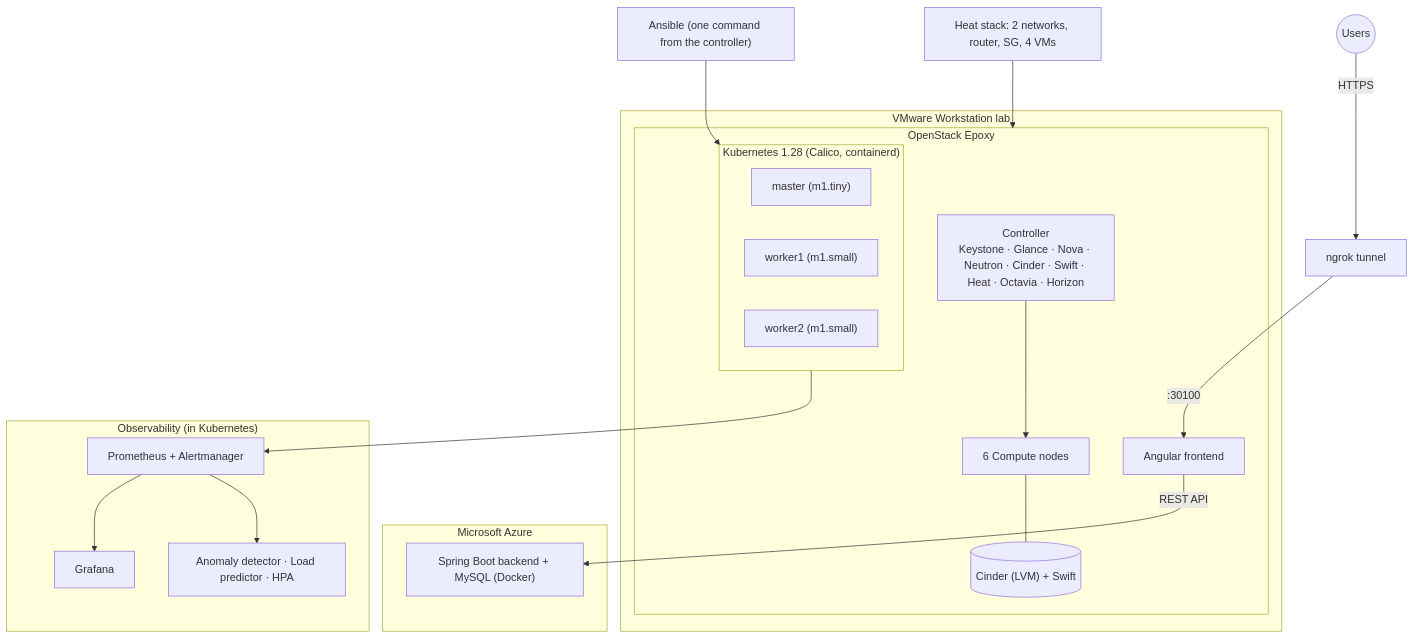
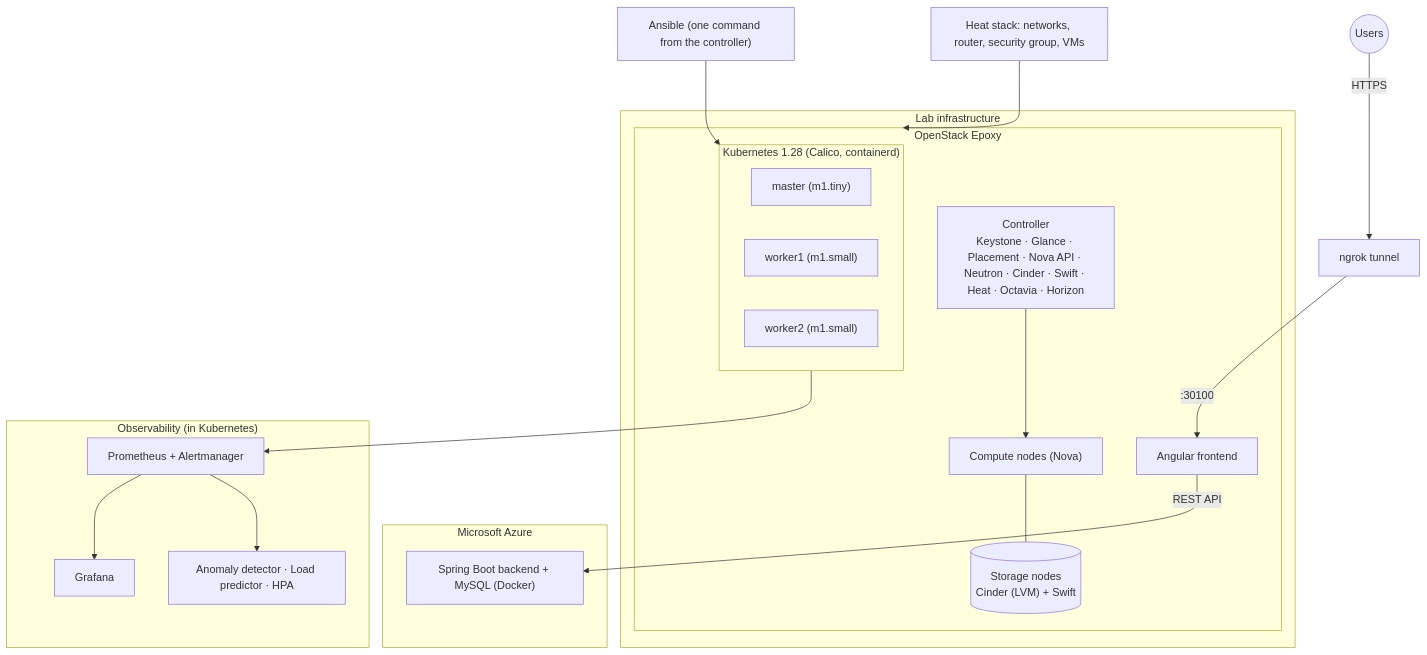
One commit to ons-ghariani18/openstack-k8s-automation changed the diagram in README.md. Above: the diagram before and after it, drawn with Mermaid. The commit also changed other lines of this file, not shown here.

````diff
--- a/README.md
+++ b/README.md
@@ -22,30 +49,30 @@
 ```mermaid
 flowchart TB
-    subgraph VM["VMware Workstation lab"]
+    subgraph VM["Lab infrastructure"]
       subgraph OS["OpenStack Epoxy"]
-        C["Controller<br/>Keystone · Glance · Nova · Neutron · Cinder · Swift · Heat · Octavia · Horizon"]
-        CN["6 Compute nodes"]
-        ST[("Cinder (LVM) + Swift")]
+        C["Controller<br/>Keystone · Glance · Placement · Nova API · Neutron · Cinder · Swift · Heat · Octavia · Horizon"]
+        CN["Compute nodes (Nova)"]
+        ST[("Storage nodes<br/>Cinder (LVM) + Swift")]
         subgraph K["Kubernetes 1.28 (Calico, containerd)"]
             M["master (m1.tiny)"]
             W1["worker1 (m1.small)"]
             W2["worker2 (m1.small)"]
         end
         FE["Angular frontend"]
       end
     end
     subgraph AZ["Microsoft Azure"]
         BE["Spring Boot backend + MySQL (Docker)"]
     end
     subgraph O["Observability (in Kubernetes)"]
         P["Prometheus + Alertmanager"] --> G["Grafana"]
         AI["Anomaly detector · Load predictor · HPA"]
     end
     ANS["Ansible (one command from the controller)"] --> K
-    HEAT["Heat stack: 2 networks, router, SG, 4 VMs"] --> OS
+    HEAT["Heat stack: networks, router, security group, VMs"] --> OS
     C --> CN --- ST
     USR(("Users")) -- HTTPS --> NG["ngrok tunnel"]
     NG -- ":30100" --> FE
     FE -- "REST API" --> BE
     K --> P --> AI
 ```
````
